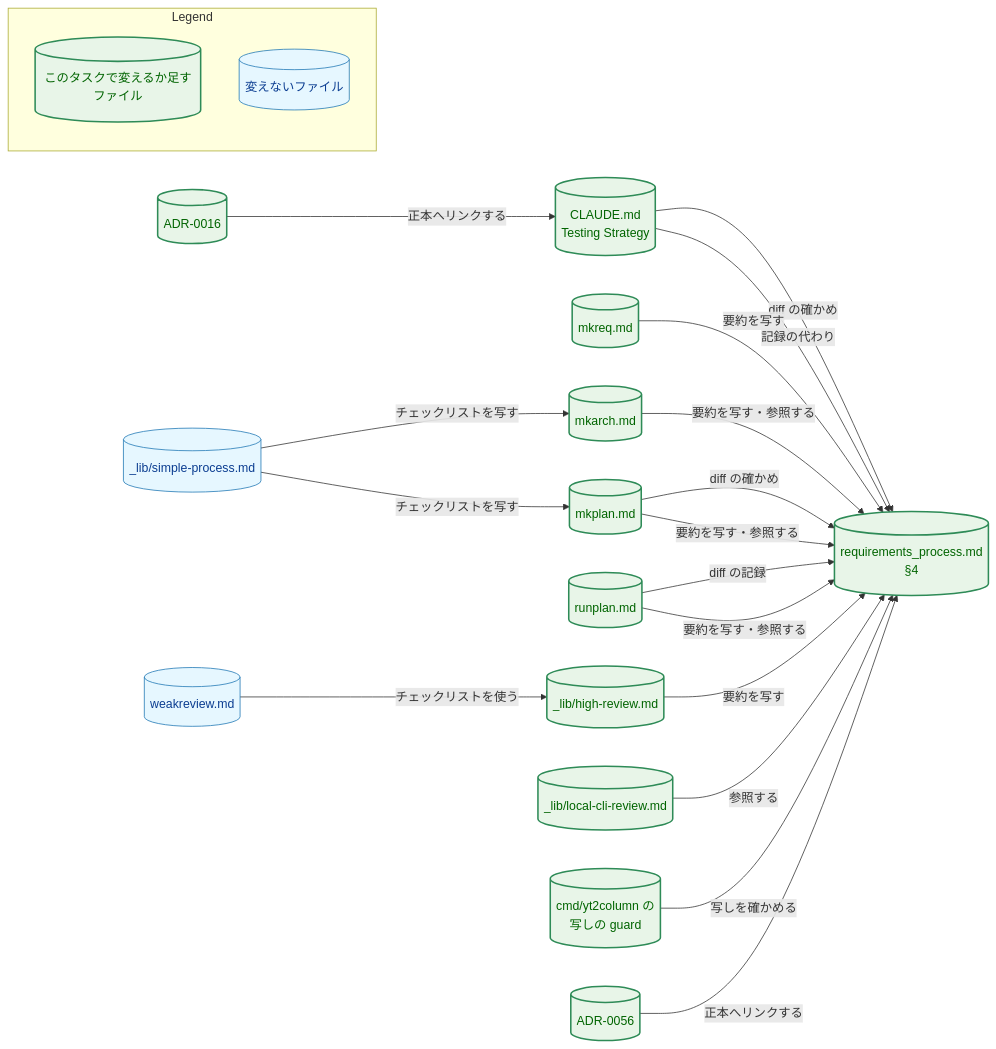
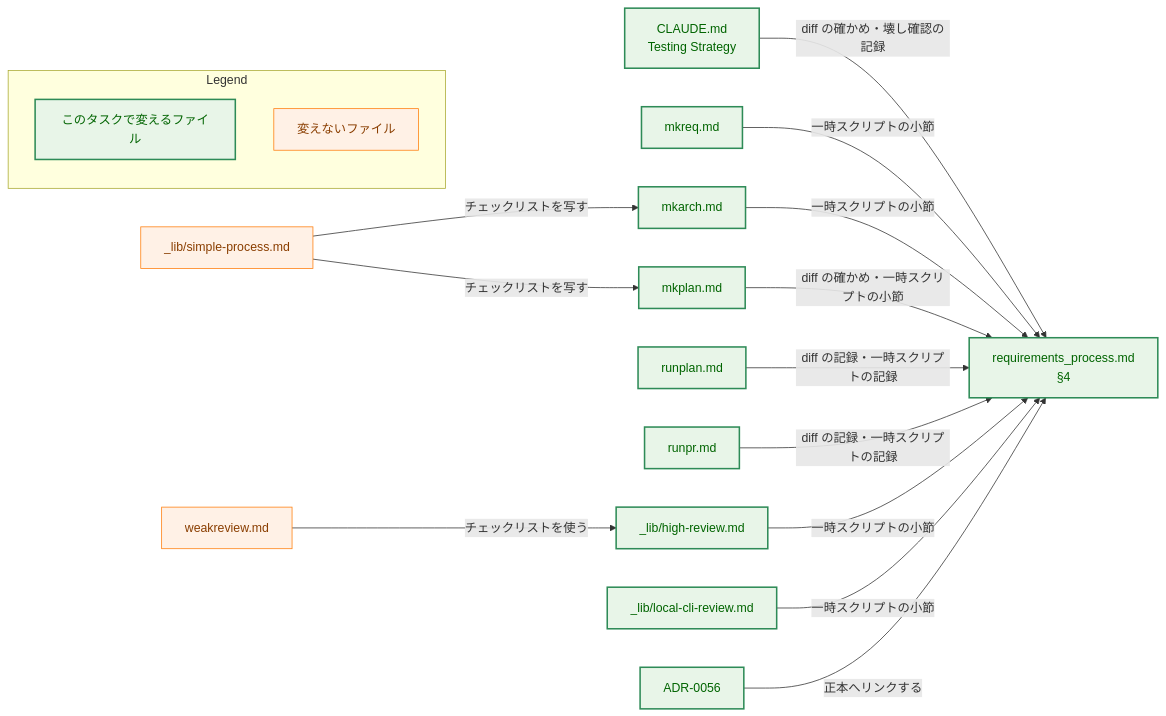
The second of 5 diagrams in docs/tasks/0124_checks_proportion/02_architecture.md (isseis/yt2column), drawn with Mermaid before and after one commit. The commit also changed other lines of this file and 3 other files, not shown here.

First line of the commit message:
docs(0124): apply the architecture review and prose fixes

````diff
--- a/docs/tasks/0124_checks_proportion/02_architecture.md
+++ b/docs/tasks/0124_checks_proportion/02_architecture.md
@@ -129,46 +120,41 @@
 ```mermaid
 flowchart LR
-    classDef data fill:#e6f7ff,stroke:#1f77b4,stroke-width:1px,color:#0b3d91;
+    classDef process fill:#fff1e6,stroke:#ff7f0e,stroke-width:1px,color:#8a3e00;
     classDef enhanced fill:#e8f5e8,stroke:#2e8b57,stroke-width:2px,color:#006400;
 
-    REQ4[("requirements_process.md<br>§4")]
-    TS[("CLAUDE.md<br>Testing Strategy")]
-    MKREQ[("mkreq.md")]
-    MKARCH[("mkarch.md")]
-    MKPLAN[("mkplan.md")]
-    RUNPLAN[("runplan.md")]
-    HIGH[("_lib/high-review.md")]
-    LCR[("_lib/local-cli-review.md")]
-    WEAK[("weakreview.md")]
-    SIMPLE[("_lib/simple-process.md")]
-    GUARD[("cmd/yt2column の<br>写しの guard")]
-    A56[("ADR-0056")]
-    A16[("ADR-0016")]
+    REQ4["requirements_process.md<br>§4"]
+    TS["CLAUDE.md<br>Testing Strategy"]
+    MKREQ["mkreq.md"]
+    MKARCH["mkarch.md"]
+    MKPLAN["mkplan.md"]
+    RUNPLAN["runplan.md"]
+    RUNPR["runpr.md"]
+    HIGH["_lib/high-review.md"]
+    LCR["_lib/local-cli-review.md"]
+    WEAK["weakreview.md"]
+    SIMPLE["_lib/simple-process.md"]
+    A56["ADR-0056"]
 
-    TS -->|"diff の確かめ"| REQ4
-    MKPLAN -->|"diff の確かめ"| REQ4
-    RUNPLAN -->|"diff の記録"| REQ4
-    TS -->|"記録の代わり"| REQ4
-    MKREQ -->|"要約を写す"| REQ4
-    MKARCH -->|"要約を写す・参照する"| REQ4
-    MKPLAN -->|"要約を写す・参照する"| REQ4
-    RUNPLAN -->|"要約を写す・参照する"| REQ4
-    HIGH -->|"要約を写す"| REQ4
-    LCR -->|"参照する"| REQ4
-    GUARD -->|"写しを確かめる"| REQ4
+    TS -->|"diff の確かめ・壊し確認の記録"| REQ4
+    MKREQ -->|"一時スクリプトの小節"| REQ4
+    MKARCH -->|"一時スクリプトの小節"| REQ4
+    MKPLAN -->|"diff の確かめ・一時スクリプトの小節"| REQ4
+    RUNPLAN -->|"diff の記録・一時スクリプトの記録"| REQ4
+    RUNPR -->|"diff の記録・一時スクリプトの記録"| REQ4
+    HIGH -->|"一時スクリプトの小節"| REQ4
+    LCR -->|"一時スクリプトの小節"| REQ4
     WEAK -->|"チェックリストを使う"| HIGH
     SIMPLE -->|"チェックリストを写す"| MKARCH
     SIMPLE -->|"チェックリストを写す"| MKPLAN
     A56 -->|"正本へリンクする"| REQ4
-    A16 -->|"正本へリンクする"| TS
 
-    class REQ4,TS,MKREQ,MKARCH,MKPLAN,RUNPLAN,HIGH,LCR,GUARD,A56,A16 enhanced
-    class WEAK,SIMPLE data
+    class REQ4,TS,MKREQ,MKARCH,MKPLAN,RUNPLAN,RUNPR,HIGH,LCR,A56 enhanced
+    class WEAK,SIMPLE process
 
     subgraph Legend["Legend"]
-        L1[("このタスクで変えるか足すファイル")]
-        L2[("変えないファイル")]
+        L1["このタスクで変えるファイル"]
+        L2["変えないファイル"]
     end
     class L1 enhanced
-    class L2 data
+    class L2 process
 ```
````
